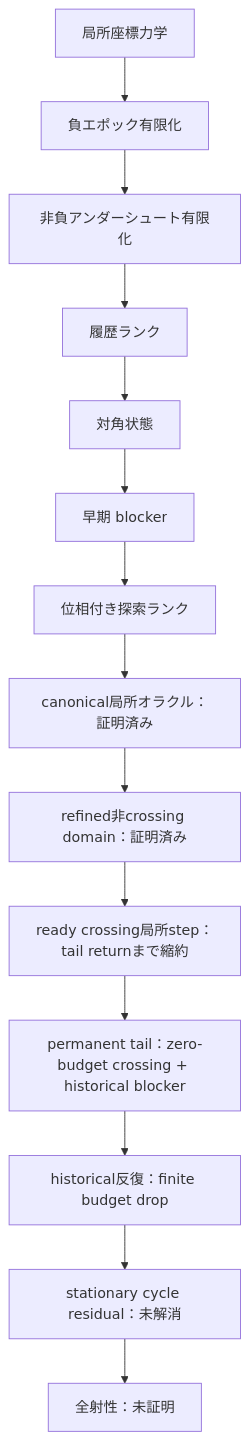
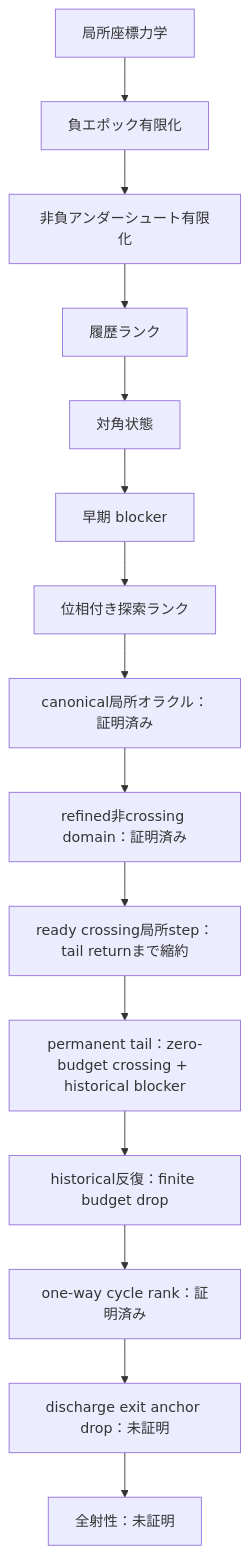
One commit to hirokidaichi/recaman-lean-research changed the diagram in README.md. Above: the diagram before and after it, drawn with Mermaid. The commit also changed other lines of this file and 10 other files, not shown here.

````diff
--- a/README.md
+++ b/README.md
@@ -81,16 +89,17 @@
 ```mermaid
 flowchart TD
     A["局所座標力学"] --> B["負エポック有限化"]
     B --> C["非負アンダーシュート有限化"]
     C --> D["履歴ランク"]
     D --> E["対角状態"]
     E --> F["早期 blocker"]
     F --> G["位相付き探索ランク"]
     G --> H["canonical局所オラクル：証明済み"]
     H --> I["refined非crossing domain：証明済み"]
     I --> J["ready crossing局所step：tail returnまで縮約"]
     J --> K["permanent tail：zero-budget crossing + historical blocker"]
     K --> L["historical反復：finite budget drop"]
-    L --> M["stationary cycle residual：未解消"]
-    M --> N["全射性：未証明"]
+    L --> M["one-way cycle rank：証明済み"]
+    M --> N["discharge exit anchor drop：未証明"]
+    N --> O["全射性：未証明"]
 ```
````
